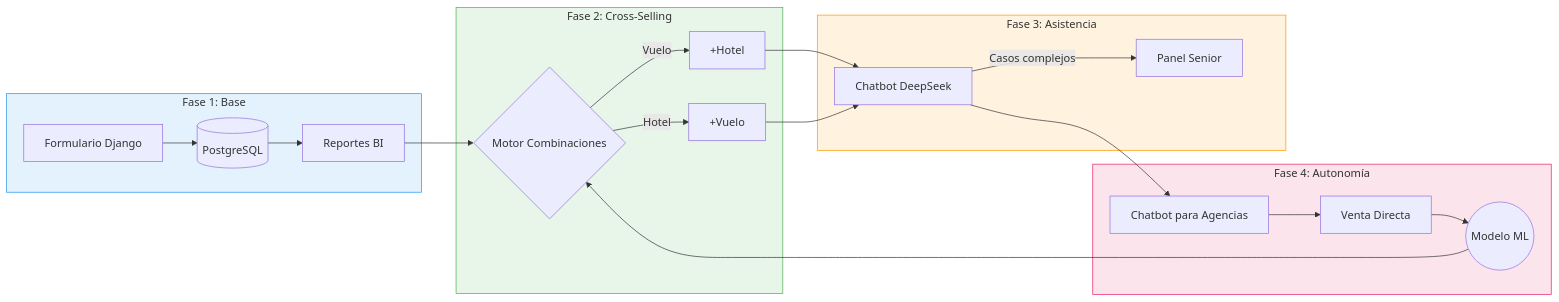
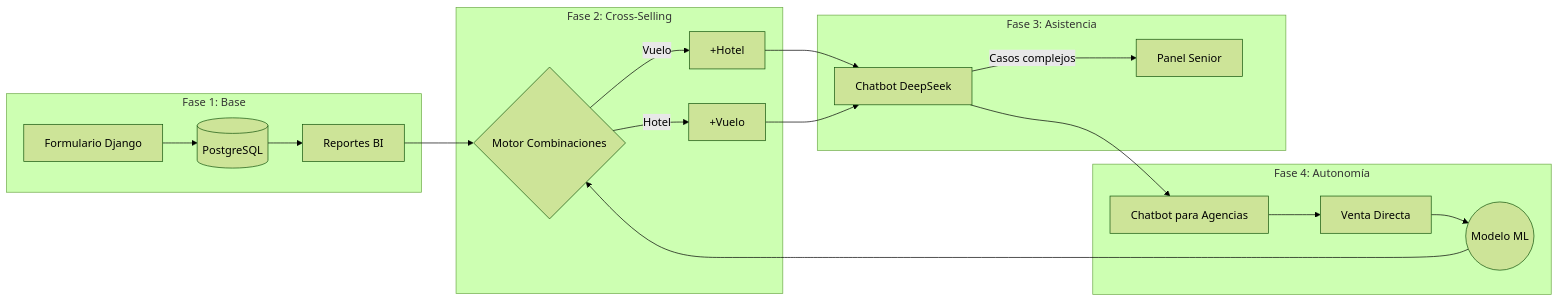
One commit to MarcoCenturion/Linux changed the fifth of 6 diagrams in DeepSeek_Django.md. Above: the diagram before and after it, drawn with Mermaid. The commit also changed other lines of this file, not shown here.

````diff
--- a/DeepSeek_Django.md
+++ b/DeepSeek_Django.md
@@ -209,31 +215,28 @@
 ```mermaid
+%%{init: {'theme': 'forest', 'fontFamily': 'Arial', 'gantt': {'barHeight': 40}}}%%
 flowchart LR
     subgraph Fase1[Fase 1: Base]
         A[Formulario Django] --> B[(PostgreSQL)]
         B --> C[Reportes BI]
     end
     
     subgraph Fase2[Fase 2: Cross-Selling]
         C --> D{Motor Combinaciones}
         D -->|Vuelo| E[+Hotel]
         D -->|Hotel| F[+Vuelo]
     end
     
     subgraph Fase3[Fase 3: Asistencia]
         E --> G[Chatbot DeepSeek]
         F --> G
         G -->|Casos complejos| H[Panel Senior]
     end
     
     subgraph Fase4[Fase 4: Autonomía]
         G --> I[Chatbot para Agencias]
         I --> J[Venta Directa]
         J --> K((Modelo ML))
         K --> D
     end
     
-    style Fase1 fill:#e3f2fd,stroke:#2196f3
-    style Fase2 fill:#e8f5e9,stroke:#4caf50
-    style Fase3 fill:#fff3e0,stroke:#ff9800
-    style Fase4 fill:#fce4ec,stroke:#e91e63
 ```
````
